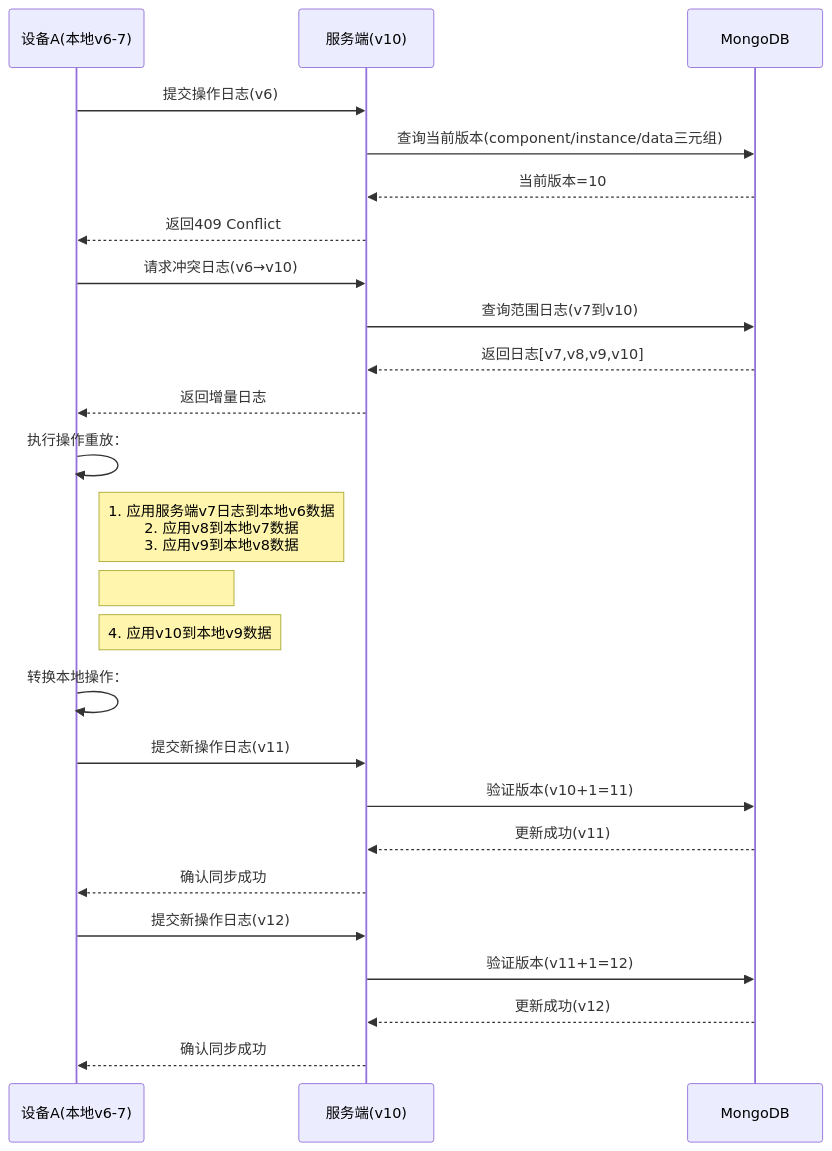
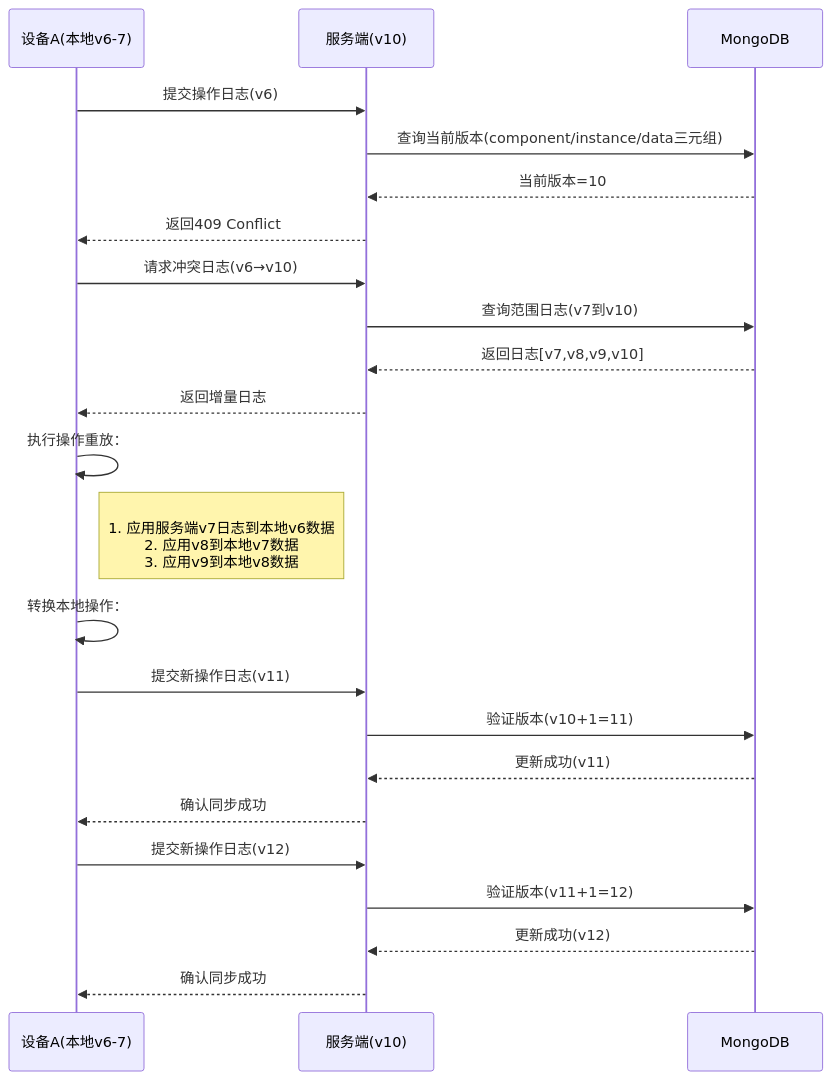
The diagram in all/未命名-26.md (yingjianzh/iodraw-files), drawn with Mermaid before and after one commit.

Commit message:
2025-02-26 16:21:25 update

````diff
--- a/all/未命名-26.md
+++ b/all/未命名-26.md
@@ -1,41 +1,39 @@
 ```mermaid
 sequenceDiagram
     participant A as 设备A(本地v6-7)
     participant S as 服务端(v10)
     participant DB as MongoDB
 
     %% 初始同步尝试
     A->>S: 提交操作日志(v6)
     S->>DB: 查询当前版本(component/instance/data三元组)
     DB-->>S: 当前版本=10
     S-->>A: 返回409 Conflict
 
     %% 冲突解决阶段
     A->>S: 请求冲突日志(v6→v10)
     S->>DB: 查询范围日志(v7到v10)
     DB-->>S: 返回日志[v7,v8,v9,v10]
     S-->>A: 返回增量日志
 
     %% 本地数据重建
     A->>A: 执行操作重放：
-    note right of A: 1. 应用服务端v7日志到本地v6数据 <br> 2. 应用v8到本地v7数据 <br> 3. 应用v9到本地v8数据
-    
-    note right of A: 
-    note right of A: 4. 应用v10到本地v9数据
+    note right of A: <br>1. 应用服务端v7日志到本地v6数据 <br> 2. 应用v8到本地v7数据 <br> 3. 应用v9到本地v8数据
+
 
 
     %% 本地操作转换
     A->>A: 转换本地操作：
     
 
     %% 重新提交
     A->>S: 提交新操作日志(v11)
     S->>DB: 验证版本(v10+1=11)
     DB-->>S: 更新成功(v11)
     S-->>A: 确认同步成功
 
     A->>S: 提交新操作日志(v12)
     S->>DB: 验证版本(v11+1=12)
     DB-->>S: 更新成功(v12)
     S-->>A: 确认同步成功
 ```
````
